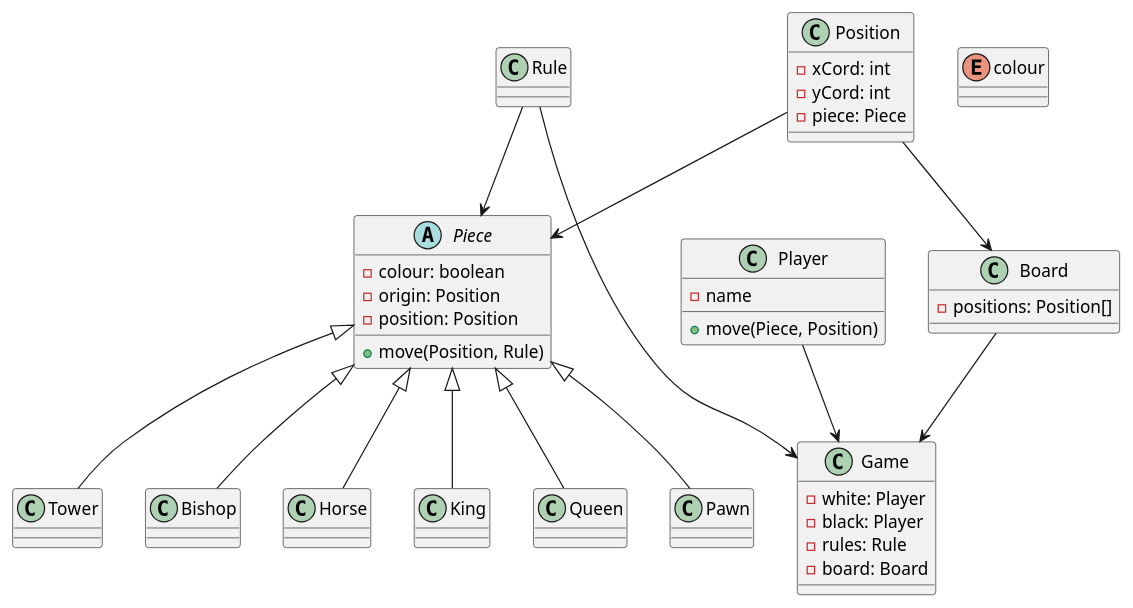
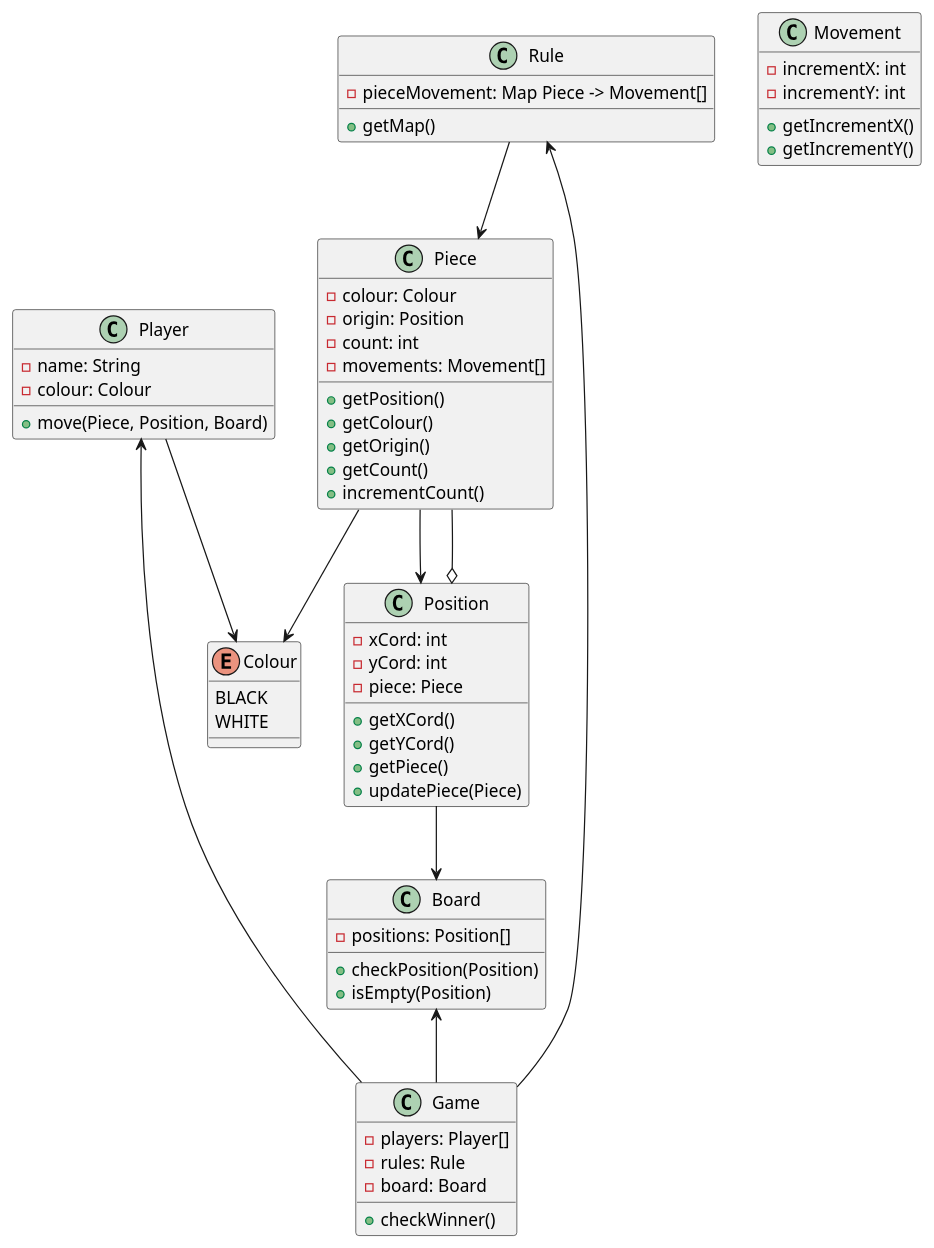
Before and after one commit to sencina/dis_sist: the diagram in tp3/src/diagram/chess.puml, drawn with PlantUML.

Commit message:
Progreso

```diff
--- a/tp3/src/diagram/chess.puml
+++ b/tp3/src/diagram/chess.puml
@@ -1,58 +1,85 @@
 @startuml
 
-abstract Piece{
-    - colour: boolean
+class Piece{
+    - colour: Colour
     - origin: Position
-    - position: Position
-    + move(Position, Rule)
+    - count: int
+  /'- position: Position'/
+    - movements: Movement[]
+    + getPosition()
+    + getColour()
+    + getOrigin()
+    + getCount()
+    + incrementCount()
 }
 
-enum colour{
 
+
+class Movement{
+    -incrementX: int
+    -incrementY: int
+    +getIncrementX()
+    +getIncrementY()
+}
+
+enum Colour{
+    BLACK
+    WHITE
 }
 
 class Rule{
+     -pieceMovement: Map Piece -> Movement[]
+     +getMap()
 }
 
 class Player{
-    -name
-    +move(Piece, Position)
+    -name: String
+    -colour: Colour
+    +move(Piece, Position, Board)
 }
 
 class Position {
     - xCord: int
     - yCord: int
     - piece: Piece
+    + getXCord()
+    + getYCord()
+    + getPiece()
+    + updatePiece(Piece)
 }
 
 class Game{
--white: Player
--black: Player
+-players: Player[]
 -rules: Rule
 -board: Board
++checkWinner()
 }
 
-class Board {
+class Board{
     -positions: Position[]
+    +checkPosition(Position)
+    +isEmpty(Position)
 }
-class King extends Piece{}
 
-class Queen extends Piece{}
+Player <-- Game
+Rule <-- Game
+Board <-- Game
+Rule --> Piece
+Position o-- Piece /'checkear direccion de pieza'/
+Piece-->Position
+Position --> Board
+Player --> Colour
+Piece --> Colour
 
-class Pawn extends Piece{}
+/'
 
-class Tower extends Piece{}
+    --|> herencia
+    *-- composición
+    o-- agregación
+    --> asosiación
+    ..> dependencia
+    <|.. realización/implementación
 
-class Bishop extends Piece{}
-
-class Horse extends Piece{}
-
-Player --> Game
-Rule --> Game
-Board --> Game
-Rule --> Piece
-Position --> Piece
-Position --> Board
-
+'/
 
 @enduml
```
